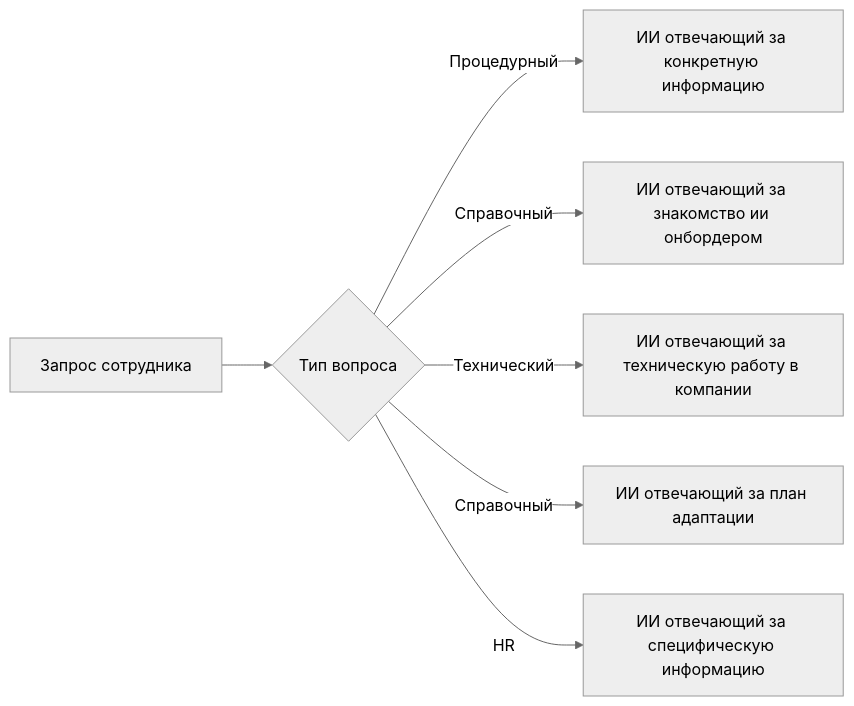
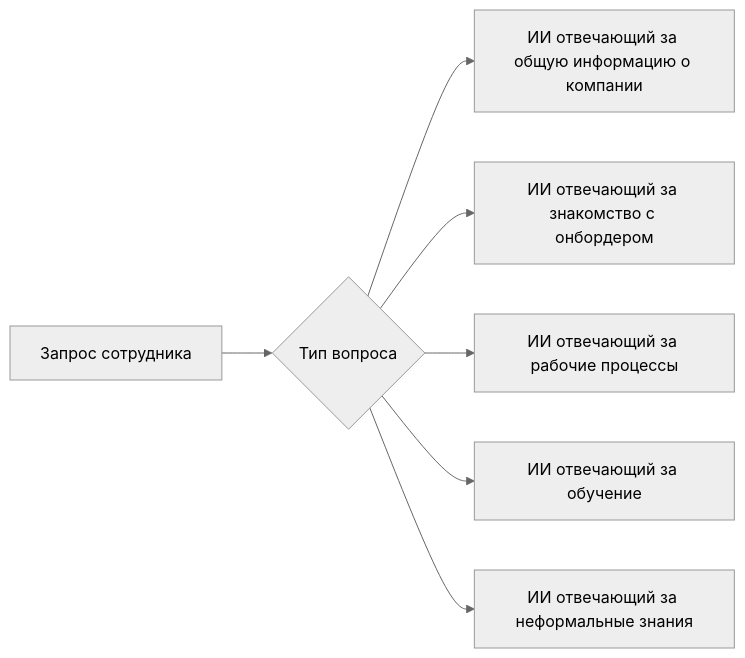
Before and after one commit to Namelomax/AIOnborder: the second of 3 diagrams in AIOnborder/Технические требования.md, drawn with Mermaid (neutral theme). The commit also changed other lines of this file and 4 other files, not shown here.

````diff
--- a/AIOnborder/Технические требования.md
+++ b/AIOnborder/Технические требования.md
@@ -28,9 +28,9 @@
-```mermaid
-flowchart LR
-    A[Запрос сотрудника] --> B{Тип вопроса}
-    B -->|Процедурный| C[ИИ отвечающий за конкретную информацию]
-    B -->|Справочный| D[ИИ отвечающий за знакомство ии онбордером]
-    B -->|Технический| F[ИИ отвечающий за техническую работу в компании]
-    B -->|Справочный| G[ИИ отвечающий за план адаптации]
-    B -->|HR| E[ИИ отвечающий за специфическую информацию]
-```
+```mermaid  
+flowchart LR  
+    A[Запрос сотрудника] --> B{Тип вопроса}  
+    B --> C[ИИ отвечающий за общую информацию о компании]  
+    B --> D[ИИ отвечающий за знакомство с онбордером]  
+    B --> F[ИИ отвечающий за рабочие процессы]  
+    B --> G[ИИ отвечающий за обучение]  
+    B --> E[ИИ отвечающий за неформальные знания]  
+```  
````
